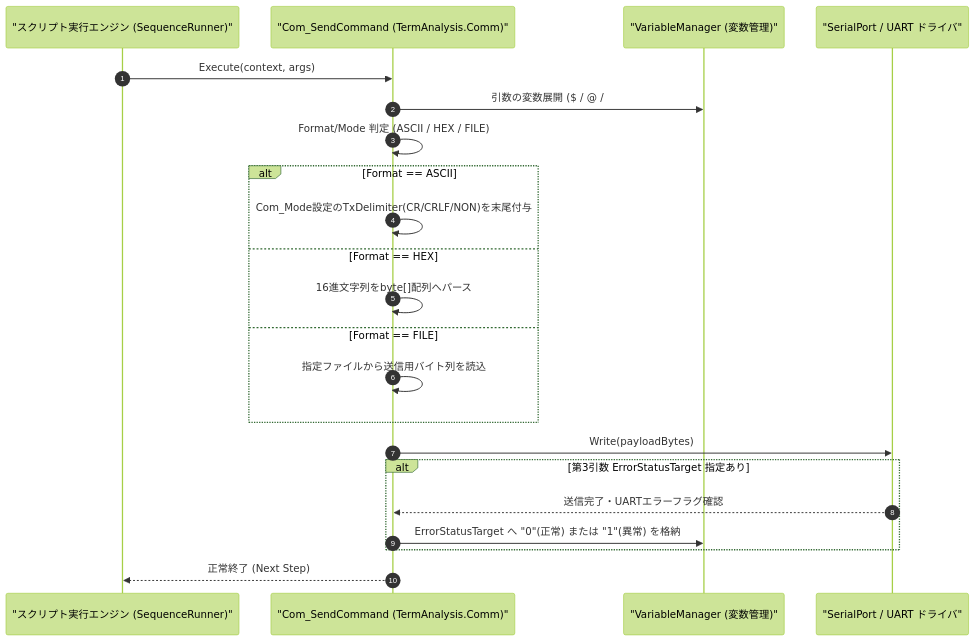
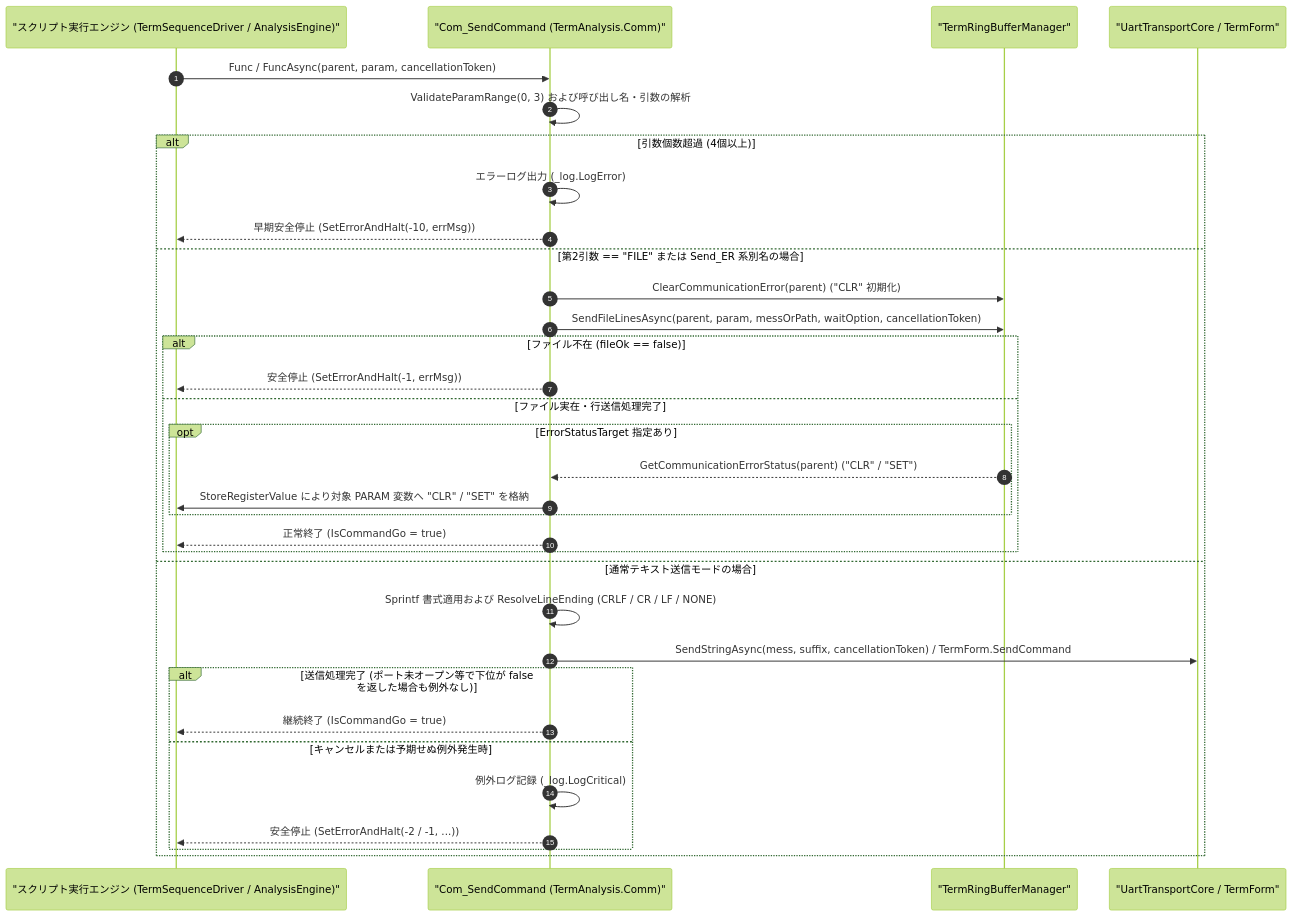
The diagram in Manual/Comm/Com_Send.Md (Monaca-App/TermAddIn_Comm), drawn with Mermaid (forest theme) before and after one commit. The commit also changed other lines of this file and 11 other files, not shown here.

````diff
--- a/Manual/Comm/Com_Send.Md
+++ b/Manual/Comm/Com_Send.Md
@@ -70,25 +81,36 @@
 ```mermaid
 sequenceDiagram
     autonumber
-    participant Script as "スクリプト実行エンジン (SequenceRunner)"
+    participant Script as "スクリプト実行エンジン (TermSequenceDriver / AnalysisEngine)"
     participant Cmd as "Com_SendCommand (TermAnalysis.Comm)"
-    participant Var as "VariableManager (変数管理)"
-    participant Port as "SerialPort / UART ドライバ"
+    participant Buf as "TermRingBufferManager"
+    participant Port as "UartTransportCore / TermForm"
 
-    Script->>Cmd: Execute(context, args)
-    Cmd->>Var: 引数の変数展開 ($ / @ / #)
-    Cmd->>Cmd: Format/Mode 判定 (ASCII / HEX / FILE)
-    alt Format == ASCII
-        Cmd->>Cmd: Com_Mode設定のTxDelimiter(CR/CRLF/NON)を末尾付与
-    else Format == HEX
-        Cmd->>Cmd: 16進文字列をbyte[]配列へパース
-    else Format == FILE
-        Cmd->>Cmd: 指定ファイルから送信用バイト列を読込
+    Script->>Cmd: Func / FuncAsync(parent, param, cancellationToken)
+    Cmd->>Cmd: ValidateParamRange(0, 3) および呼び出し名・引数の解析
+    alt 引数個数超過 (4個以上)
+        Cmd->>Cmd: エラーログ出力 (_log.LogError)
+        Cmd-->>Script: 早期安全停止 (SetErrorAndHalt(-10, errMsg))
+    else 第2引数 == "FILE" または Send_ER 系別名の場合
+        Cmd->>Buf: ClearCommunicationError(parent) ("CLR" 初期化)
+        Cmd->>Buf: SendFileLinesAsync(parent, param, messOrPath, waitOption, cancellationToken)
+        alt ファイル不在 (fileOk == false)
+            Cmd-->>Script: 安全停止 (SetErrorAndHalt(-1, errMsg))
+        else ファイル実在・行送信処理完了
+            opt ErrorStatusTarget 指定あり
+                Buf-->>Cmd: GetCommunicationErrorStatus(parent) ("CLR" / "SET")
+                Cmd->>Script: StoreRegisterValue により対象 PARAM 変数へ "CLR" / "SET" を格納
+            end
+            Cmd-->>Script: 正常終了 (IsCommandGo = true)
+        end
+    else 通常テキスト送信モードの場合
+        Cmd->>Cmd: Sprintf 書式適用および ResolveLineEnding (CRLF / CR / LF / NONE)
+        Cmd->>Port: SendStringAsync(mess, suffix, cancellationToken) / TermForm.SendCommand
+        alt 送信処理完了 (ポート未オープン等で下位が false を返した場合も例外なし)
+            Cmd-->>Script: 継続終了 (IsCommandGo = true)
+        else キャンセルまたは予期せぬ例外発生時
+            Cmd->>Cmd: 例外ログ記録 (_log.LogCritical)
+            Cmd-->>Script: 安全停止 (SetErrorAndHalt(-2 / -1, ...))
+        end
     end
-    Cmd->>Port: Write(payloadBytes)
-    alt 第3引数 ErrorStatusTarget 指定あり
-        Port-->>Cmd: 送信完了・UARTエラーフラグ確認
-        Cmd->>Var: ErrorStatusTarget へ "0"(正常) または "1"(異常) を格納
-    end
-    Cmd-->>Script: 正常終了 (Next Step)
 ```
````
